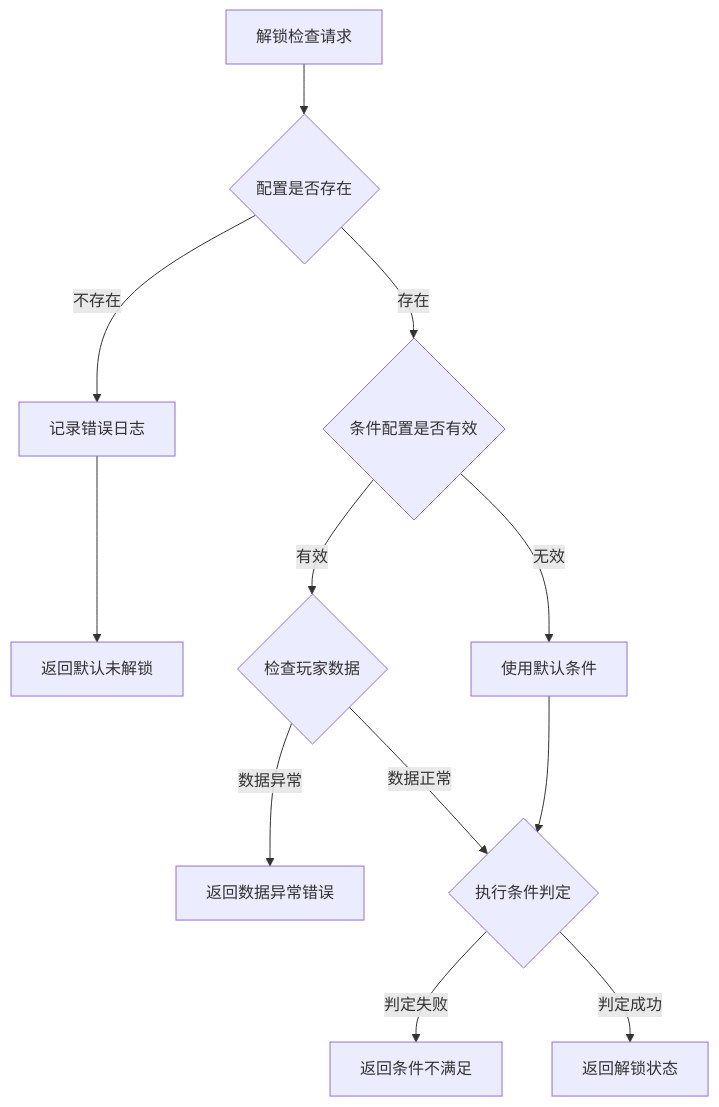
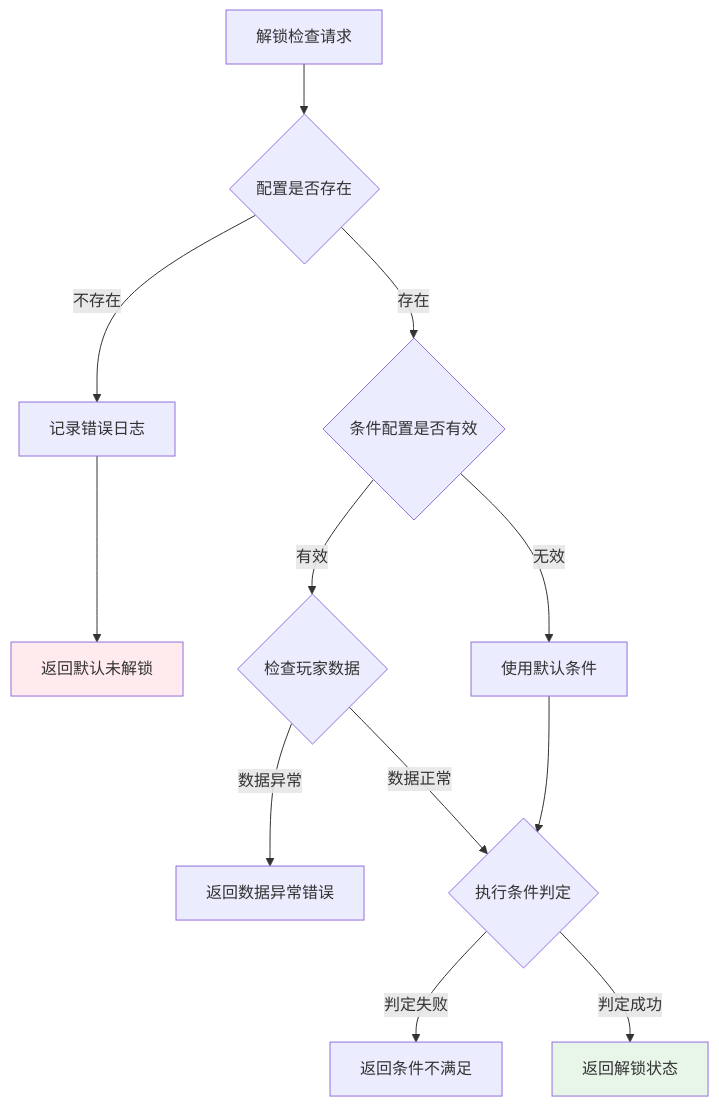
Before and after one commit to Alan-Ben/k2c_game_framework: the fourth of 5 diagrams in docs/Module_FuncUnlock/06_实现细节.md, drawn with Mermaid. The commit also changed other lines of this file and 10 other files, not shown here.

````diff
--- a/docs/Module_FuncUnlock/06_实现细节.md
+++ b/docs/Module_FuncUnlock/06_实现细节.md
@@ -191,14 +206,17 @@
 ```mermaid
 flowchart TD
     A[解锁检查请求] --> B{配置是否存在}
     B -->|不存在| C[记录错误日志]
     C --> D[返回默认未解锁]
     B -->|存在| E{条件配置是否有效}
     E -->|无效| F[使用默认条件]
     E -->|有效| G{检查玩家数据}
     G -->|数据异常| H[返回数据异常错误]
     G -->|数据正常| I{执行条件判定}
     I -->|判定失败| J[返回条件不满足]
     I -->|判定成功| K[返回解锁状态]
     F --> I
+
+    style D fill:#ffebee
+    style K fill:#e8f5e9
 ```
````
